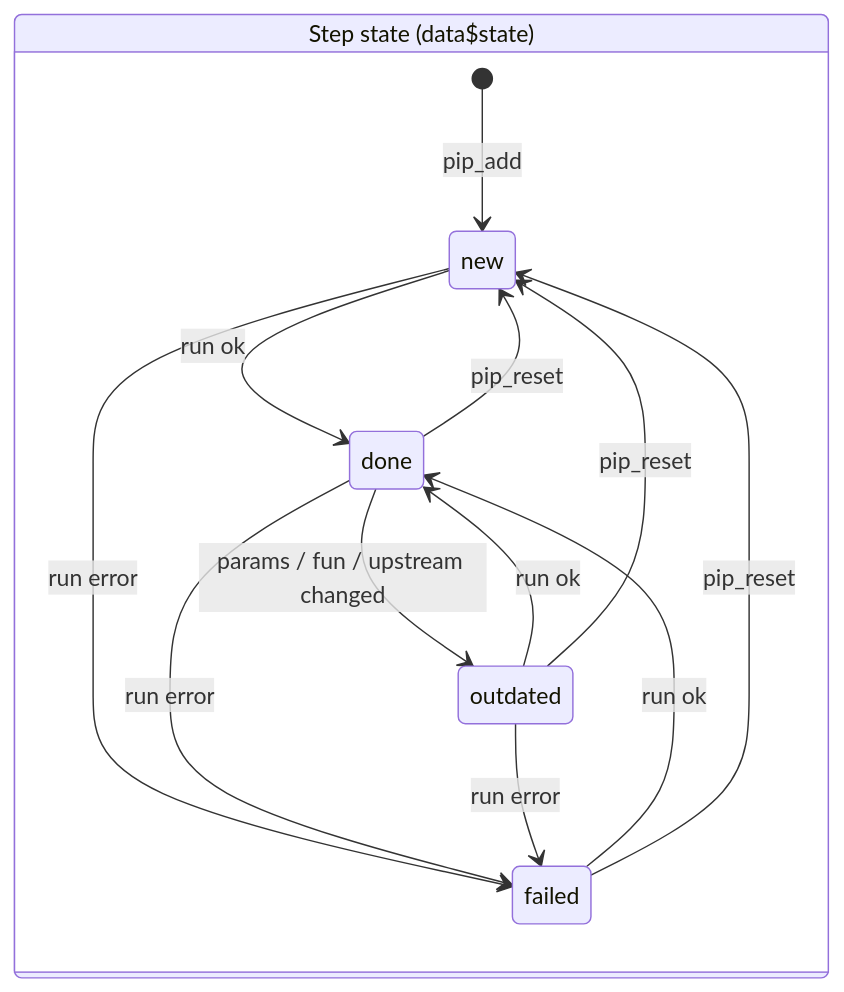
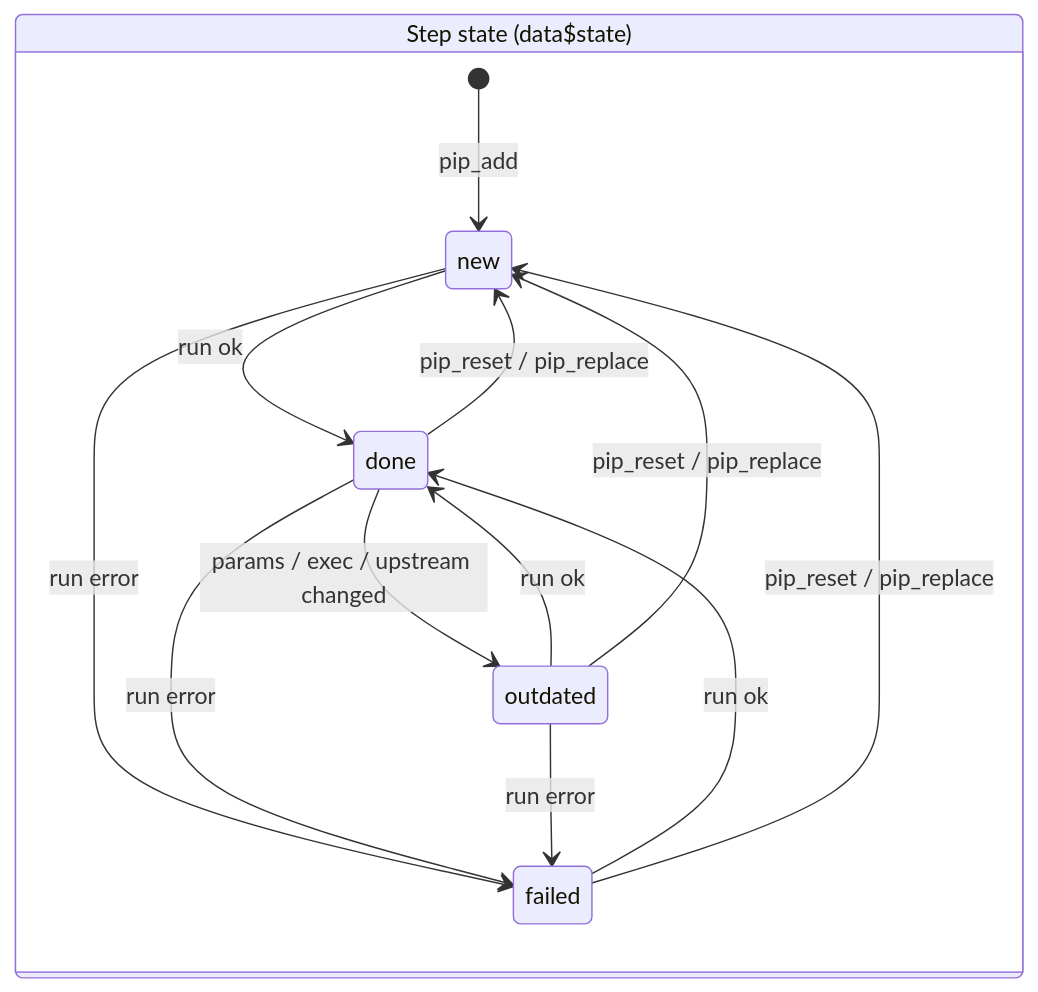
Before and after one commit to rpahl/pipeflow: the seventh of 8 diagrams in dev/pipeflow.md, drawn with Mermaid. The commit also changed other lines of this file and 7 other files, not shown here.

````diff
--- a/dev/pipeflow.md
+++ b/dev/pipeflow.md
@@ -404,17 +405,17 @@
 ```mermaid
 stateDiagram-v2
     direction LR
     state "Step state (data$state)" as S {
         [*] --> new : pip_add
         new --> done : run ok
         outdated --> done : run ok
-        done --> outdated : params / fun / upstream changed
+        done --> outdated : params / exec / upstream changed
         new --> failed : run error
         done --> failed : run error
         outdated --> failed : run error
         failed --> done : run ok
-        done --> new : pip_reset
-        outdated --> new : pip_reset
-        failed --> new : pip_reset
+        done --> new : pip_reset / pip_replace
+        outdated --> new : pip_reset / pip_replace
+        failed --> new : pip_reset / pip_replace
     }
 ```
````
